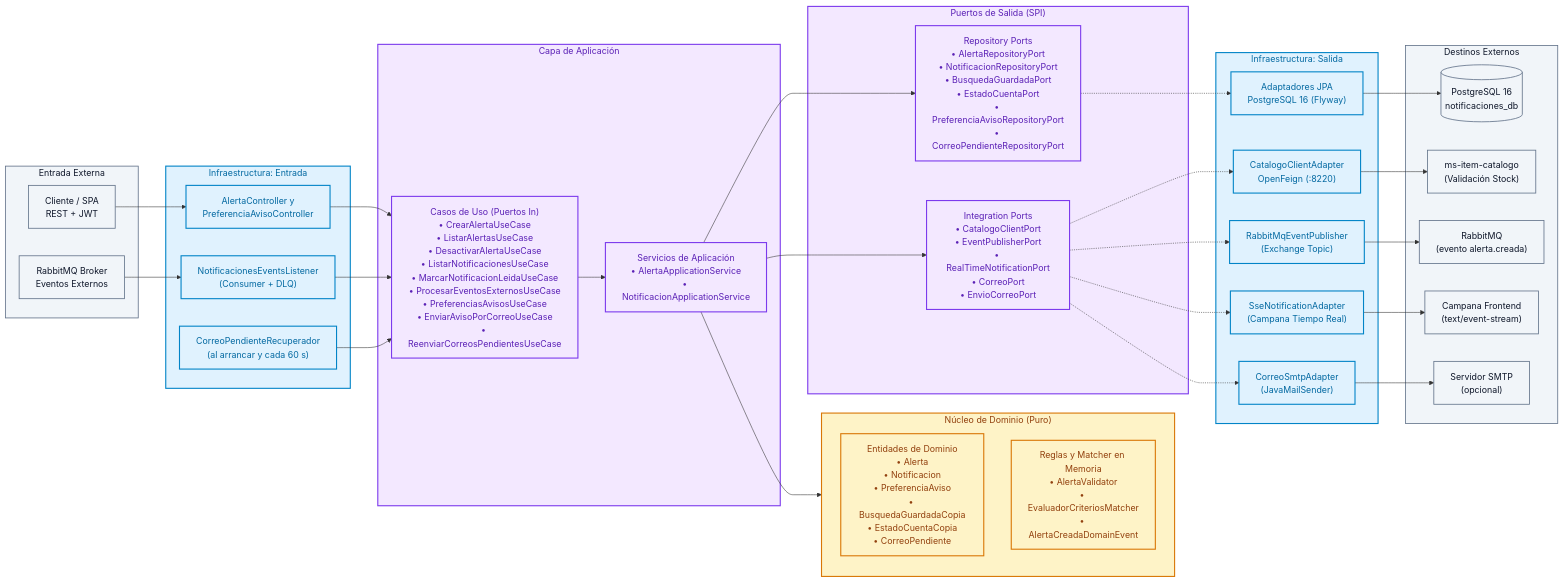
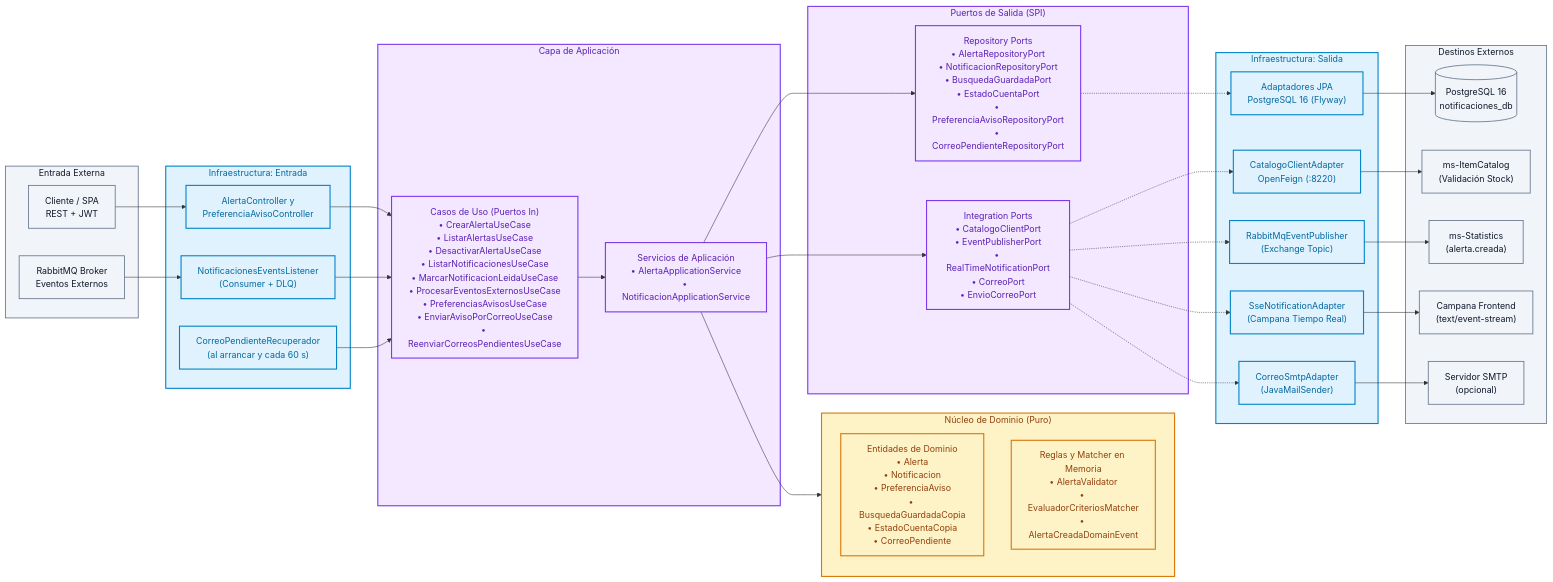
The diagram in docs/readme/03-arquitectura-hexagonal.md (StyleRadar1/GJ-Notification-Service), drawn with Mermaid before and after one commit. The commit also changed other lines of this file and 37 other files, not shown here.

```diff
--- a/docs/readme/03-arquitectura-hexagonal.md
+++ b/docs/readme/03-arquitectura-hexagonal.md
@@ -52,8 +52,8 @@
     %% Destinos Externos
     subgraph EXT_OUT["Destinos Externos"]
         DB[(PostgreSQL 16<br>notificaciones_db)]
-        CATALOGO["ms-item-catalogo<br>(Validación Stock)"]
-        ESTADISTICAS["RabbitMQ<br>(evento alerta.creada)"]
+        CATALOGO["ms-ItemCatalog<br>(Validación Stock)"]
+        ESTADISTICAS["ms-Statistics<br>(alerta.creada)"]
         SSE_CLIENT["Campana Frontend<br>(text/event-stream)"]
         SMTP["Servidor SMTP<br>(opcional)"]
     end
```
